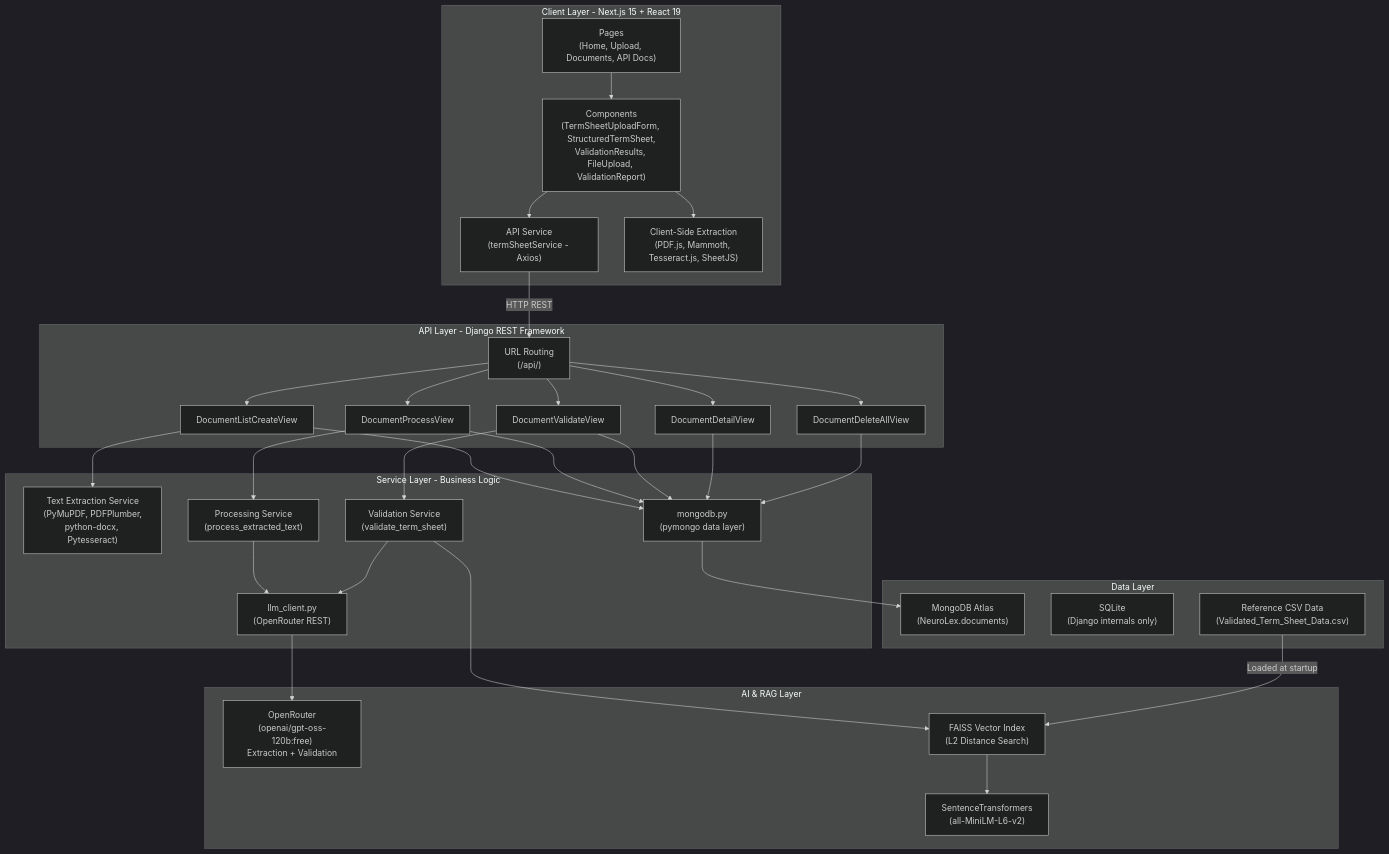
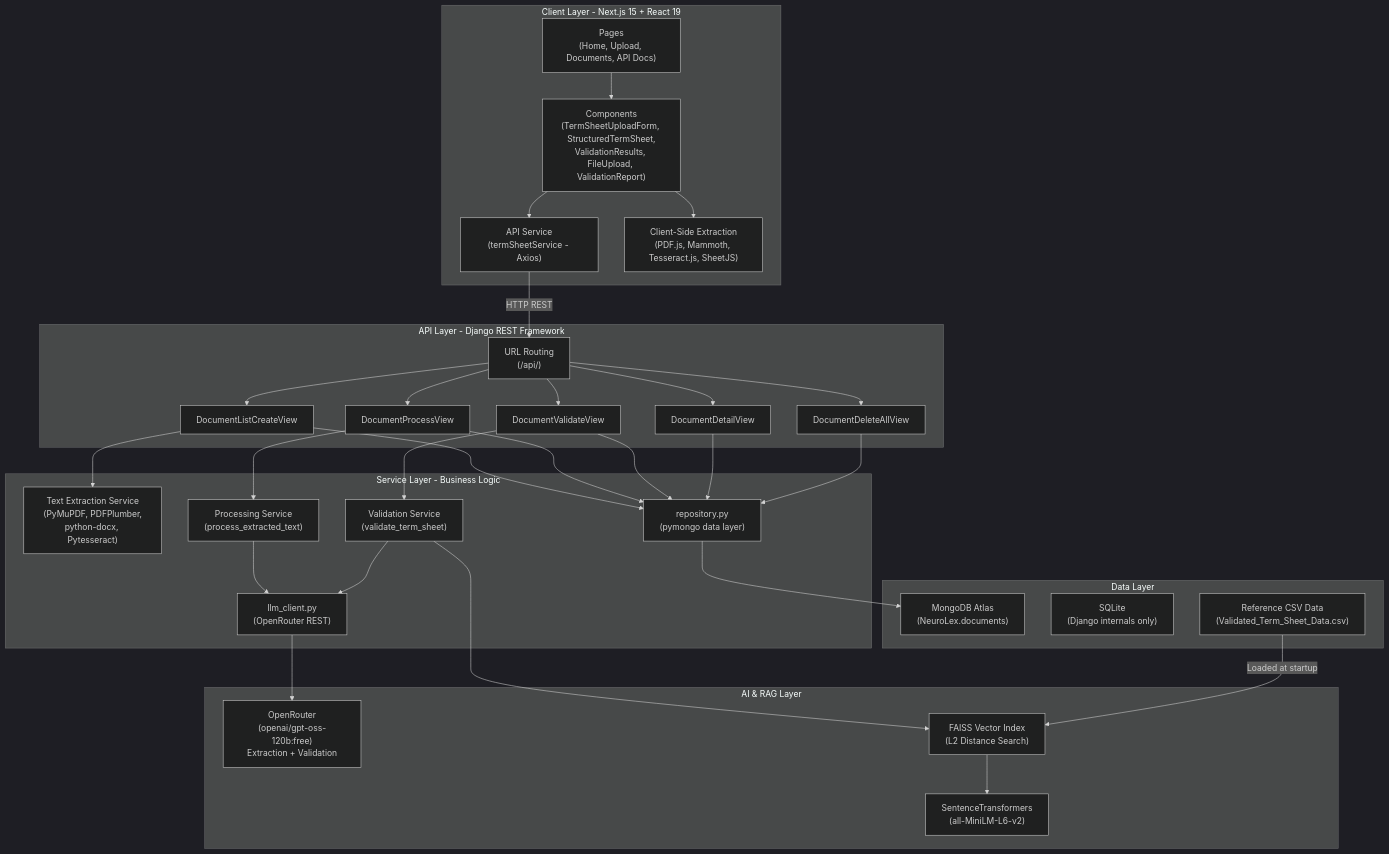
Before and after one commit to Atharva-Dhavale/NeuroLex: the third of 5 diagrams in DOCUMENTATION.md, drawn with Mermaid (dark theme). The commit also changed other lines of this file and 34 other files, not shown here.

````diff
--- a/DOCUMENTATION.md
+++ b/DOCUMENTATION.md
@@ -551,63 +552,63 @@
 ```mermaid
 graph TB
     subgraph "Client Layer - Next.js 15 + React 19"
         UI["Pages<br/>(Home, Upload, Documents, API Docs)"]
         COMP["Components<br/>(TermSheetUploadForm, StructuredTermSheet,<br/>ValidationResults, FileUpload, ValidationReport)"]
         SVC["API Service<br/>(termSheetService - Axios)"]
         EXTRACT["Client-Side Extraction<br/>(PDF.js, Mammoth, Tesseract.js, SheetJS)"]
     end
 
     subgraph "API Layer - Django REST Framework"
         URLS["URL Routing<br/>(/api/)"]
         LCV["DocumentListCreateView"]
         DV["DocumentDetailView"]
         PV["DocumentProcessView"]
         VV["DocumentValidateView"]
         DAV["DocumentDeleteAllView"]
     end
 
     subgraph "Service Layer - Business Logic"
         TES["Text Extraction Service<br/>(PyMuPDF, PDFPlumber,<br/>python-docx, Pytesseract)"]
         PES["Processing Service<br/>(process_extracted_text)"]
         VES["Validation Service<br/>(validate_term_sheet)"]
-        MONGO["mongodb.py<br/>(pymongo data layer)"]
+        MONGO["repository.py<br/>(pymongo data layer)"]
         LLM["llm_client.py<br/>(OpenRouter REST)"]
     end
 
     subgraph "AI & RAG Layer"
         OR["OpenRouter<br/>(openai/gpt-oss-120b:free)<br/>Extraction + Validation"]
         EMBED["SentenceTransformers<br/>(all-MiniLM-L6-v2)"]
         FAISS["FAISS Vector Index<br/>(L2 Distance Search)"]
     end
 
     subgraph "Data Layer"
         ATLAS["MongoDB Atlas<br/>(NeuroLex.documents)"]
         SQLITE["SQLite<br/>(Django internals only)"]
         CSV["Reference CSV Data<br/>(Validated_Term_Sheet_Data.csv)"]
     end
 
     UI --> COMP
     COMP --> SVC
     COMP --> EXTRACT
     SVC --> |"HTTP REST"| URLS
     URLS --> LCV
     URLS --> DV
     URLS --> PV
     URLS --> VV
     URLS --> DAV
     LCV --> TES
     LCV --> MONGO
     PV --> PES
     PV --> MONGO
     VV --> VES
     VV --> MONGO
     DV --> MONGO
     DAV --> MONGO
     PES --> LLM
     VES --> FAISS
     VES --> LLM
     LLM --> OR
     FAISS --> EMBED
     CSV --> |"Loaded at startup"| FAISS
     MONGO --> ATLAS
 ```
````
